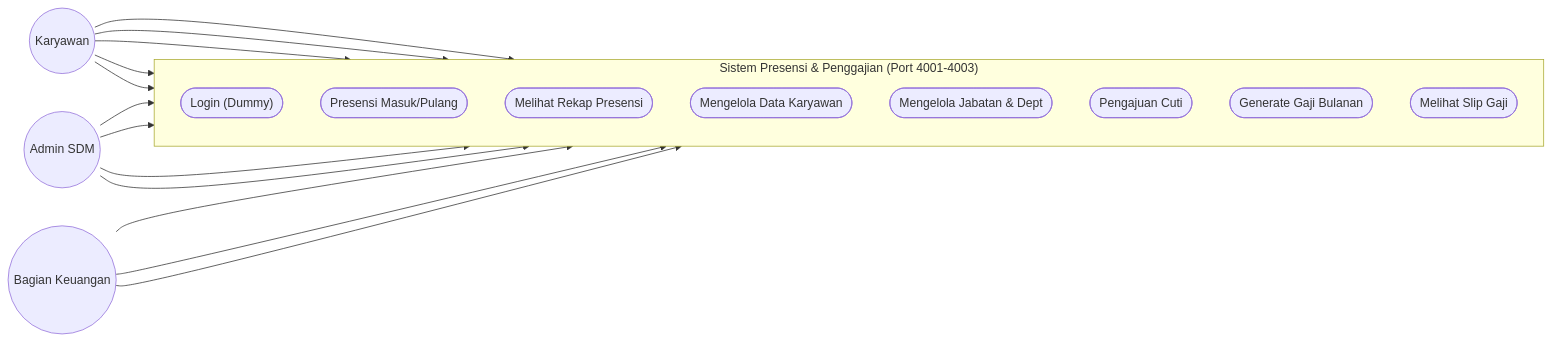
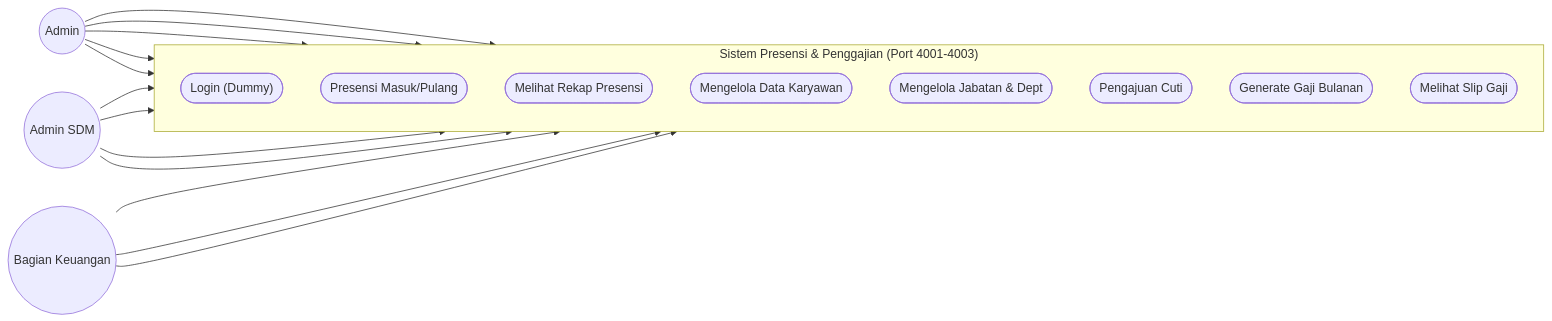
Before and after one commit to informatikateknik222-alt/skripsi-presensi: the first of 2 diagrams in DIAGRAMS.md, drawn with Mermaid.

Commit message:
feat: add Numbering Management Module for dynamic Payroll Slip IDs and Employee NIK

````diff
--- a/DIAGRAMS.md
+++ b/DIAGRAMS.md
@@ -9,36 +9,36 @@
 ```mermaid
 flowchart LR
     %% Actors
-    emp(("Karyawan"))
+    adm(("Admin"))
     sdm(("Admin SDM"))
     keu(("Bagian Keuangan"))
 
     %% System
     subgraph Sistem["Sistem Presensi & Penggajian (Port 4001-4003)"]
         direction TB
         UC1(["Login (Dummy)"])
         UC2(["Presensi Masuk/Pulang"])
         UC3(["Melihat Rekap Presensi"])
         UC4(["Mengelola Data Karyawan"])
         UC5(["Mengelola Jabatan & Dept"])
         UC6(["Pengajuan Cuti"])
         UC7(["Generate Gaji Bulanan"])
         UC8(["Melihat Slip Gaji"])
     end
 
     %% Relationships
-    emp --> UC1
-    emp --> UC2
-    emp --> UC3
-    emp --> UC6
-    emp --> UC8
+    adm --> UC1
+    adm --> UC2
+    adm --> UC3
+    adm --> UC6
+    adm --> UC8
 
     sdm --> UC1
     sdm --> UC4
     sdm --> UC5
     sdm --> UC3
 
     keu --> UC1
     keu --> UC7
     keu --> UC8
 ```
````
